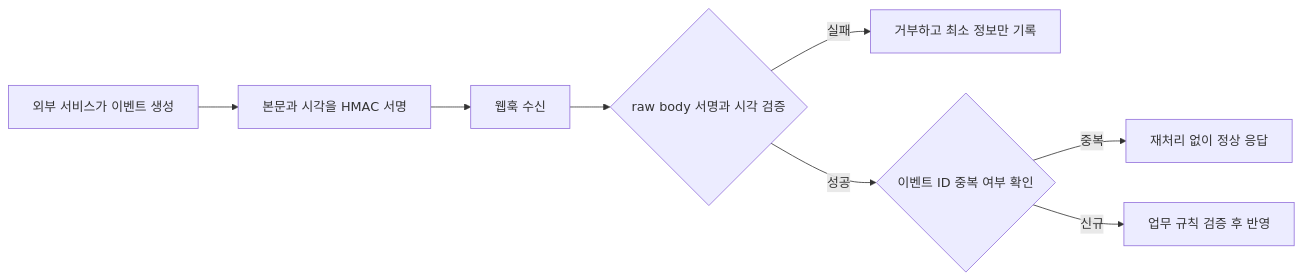
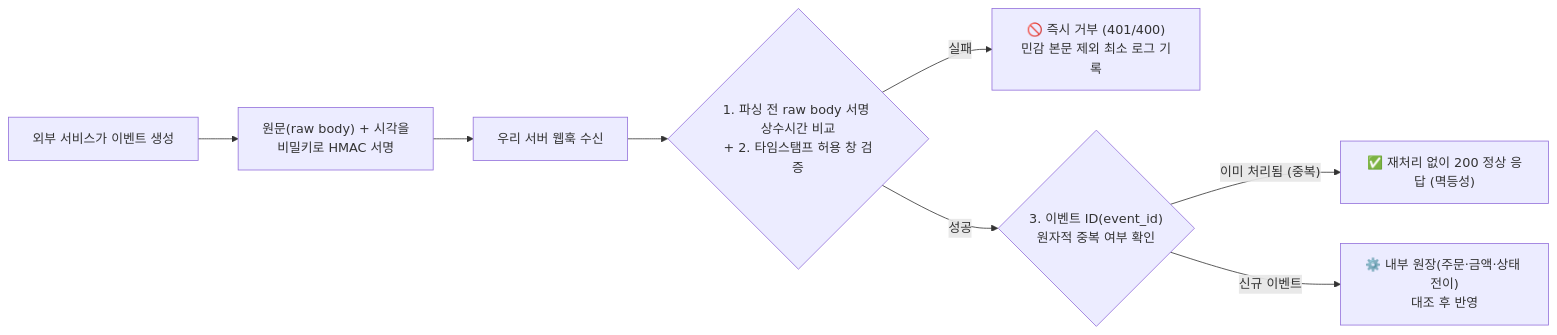
Before and after one commit to gooyong-sec/gooyong-sec.github.io: the second of 2 diagrams in content/웹취약점/웹 취약점 진단 — 서드파티 연동·웹훅 신뢰 공격(API7·API10).md, drawn with Mermaid. The commit also changed other lines of this file and 68 other files, not shown here.

````diff
--- a/content/웹취약점/웹 취약점 진단 — 서드파티 연동·웹훅 신뢰 공격(API7·API10).md
+++ b/content/웹취약점/웹 취약점 진단 — 서드파티 연동·웹훅 신뢰 공격(API7·API10).md
@@ -48,10 +98,10 @@
 ```mermaid
 flowchart LR
-    A[외부 서비스가 이벤트 생성] --> B[본문과 시각을 HMAC 서명]
-    B --> C[웹훅 수신]
-    C --> D{raw body 서명과 시각 검증}
-    D -->|실패| E[거부하고 최소 정보만 기록]
-    D -->|성공| F{이벤트 ID 중복 여부 확인}
-    F -->|중복| G[재처리 없이 정상 응답]
-    F -->|신규| H[업무 규칙 검증 후 반영]
+    A["외부 서비스가 이벤트 생성"] --> B["원문(raw body) + 시각을<br/>비밀키로 HMAC 서명"]
+    B --> C["우리 서버 웹훅 수신"]
+    C --> D{"1. 파싱 전 raw body 서명 상수시간 비교<br/>+ 2. 타임스탬프 허용 창 검증"}
+    D -->|"실패"| E["🚫 즉시 거부 (401/400)<br/>민감 본문 제외 최소 로그 기록"]
+    D -->|"성공"| F{"3. 이벤트 ID(event_id)<br/>원자적 중복 여부 확인"}
+    F -->|"이미 처리됨 (중복)"| G["✅ 재처리 없이 200 정상 응답 (멱등성)"]
+    F -->|"신규 이벤트"| H["⚙️ 내부 원장(주문·금액·상태 전이)<br/>대조 후 반영"]
 ```
````
